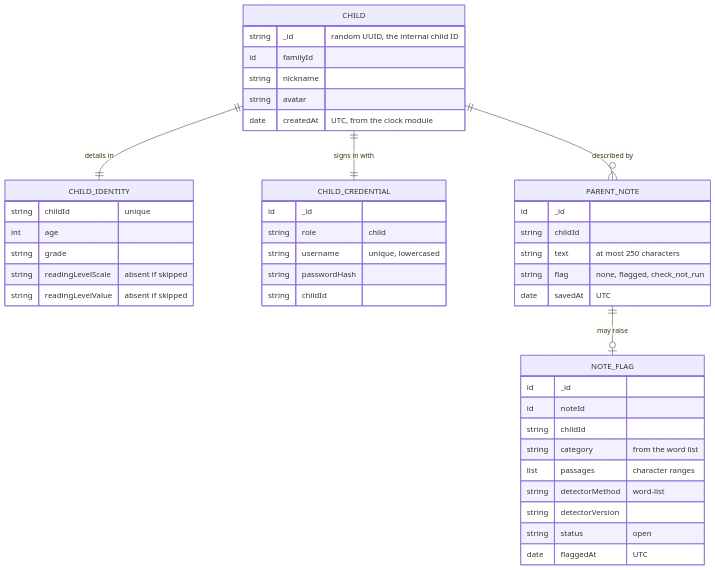
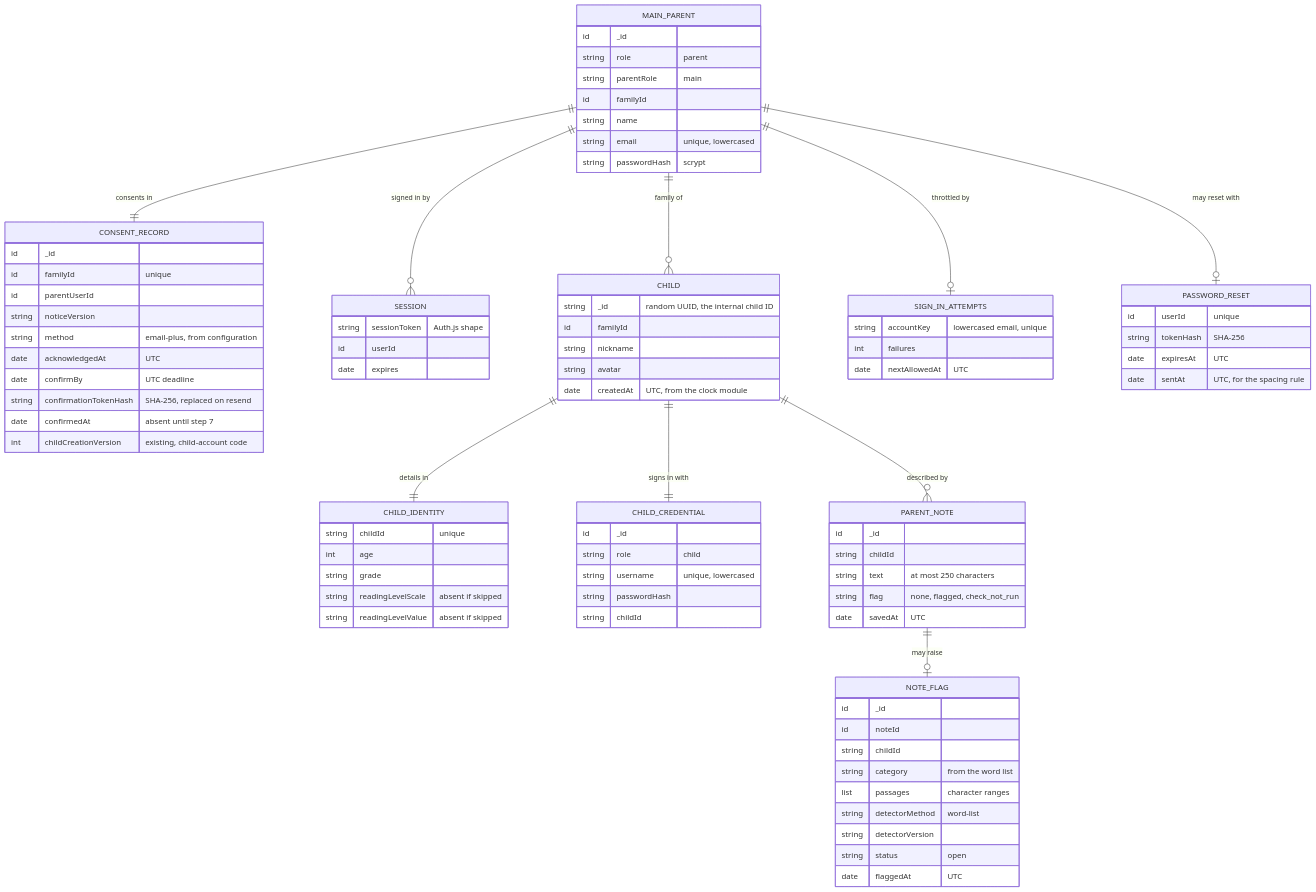
The ninth of 9 diagrams in design/par.md (videogames21/book_buddies), drawn with Mermaid before and after one commit. The commit also changed other lines of this file and 6 other files, not shown here.

````diff
--- a/design/par.md
+++ b/design/par.md
@@ -283,5 +660,47 @@
 ```mermaid
 erDiagram
+    MAIN_PARENT ||--|| CONSENT_RECORD : "consents in"
+    MAIN_PARENT ||--o{ SESSION : "signed in by"
+    MAIN_PARENT ||--o{ CHILD : "family of"
+    MAIN_PARENT ||--o| SIGN_IN_ATTEMPTS : "throttled by"
+    MAIN_PARENT ||--o| PASSWORD_RESET : "may reset with"
+    MAIN_PARENT {
+        id _id
+        string role "parent"
+        string parentRole "main"
+        id familyId
+        string name
+        string email "unique, lowercased"
+        string passwordHash "scrypt"
+    }
+    CONSENT_RECORD {
+        id _id
+        id familyId "unique"
+        id parentUserId
+        string noticeVersion
+        string method "email-plus, from configuration"
+        date acknowledgedAt "UTC"
+        date confirmBy "UTC deadline"
+        string confirmationTokenHash "SHA-256, replaced on resend"
+        date confirmedAt "absent until step 7"
+        int childCreationVersion "existing, child-account code"
+    }
+    SESSION {
+        string sessionToken "Auth.js shape"
+        id userId
+        date expires
+    }
+    PASSWORD_RESET {
+        id userId "unique"
+        string tokenHash "SHA-256"
+        date expiresAt "UTC"
+        date sentAt "UTC, for the spacing rule"
+    }
+    SIGN_IN_ATTEMPTS {
+        string accountKey "lowercased email, unique"
+        int failures
+        date nextAllowedAt "UTC"
+    }
     CHILD ||--|| CHILD_IDENTITY : "details in"
     CHILD ||--|| CHILD_CREDENTIAL : "signs in with"
     CHILD ||--o{ PARENT_NOTE : "described by"
````
